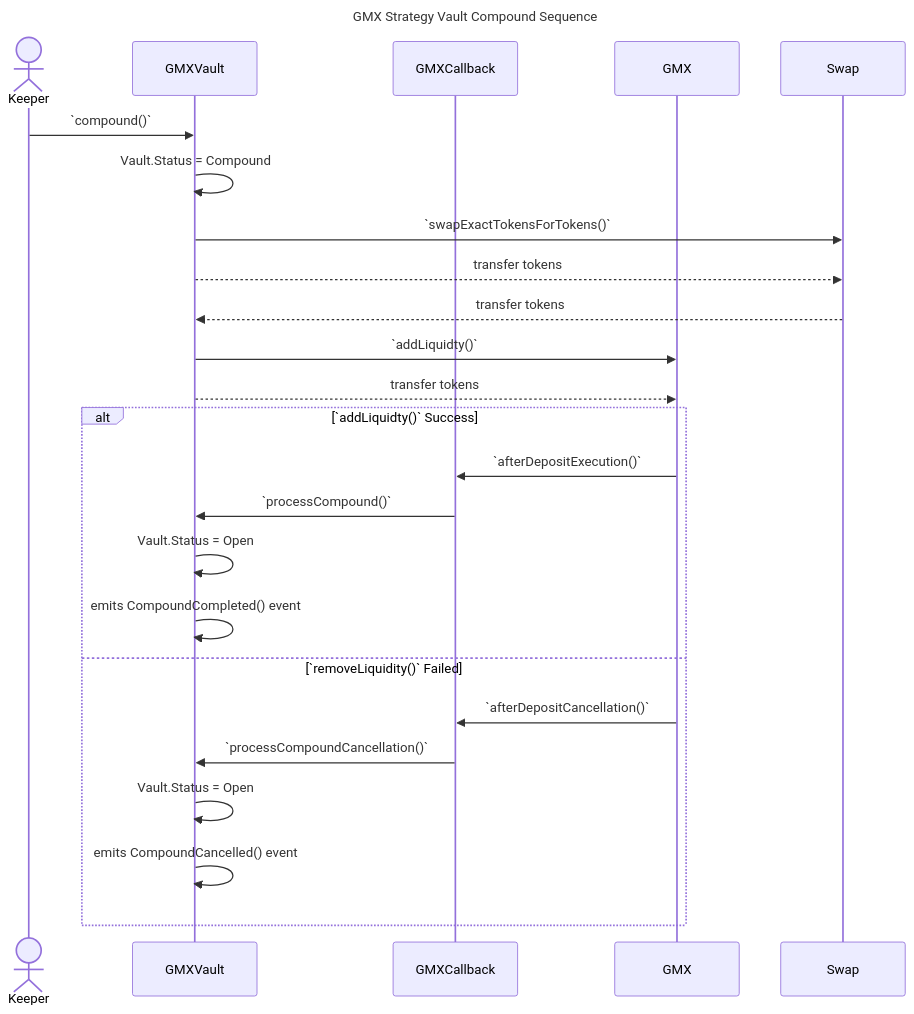
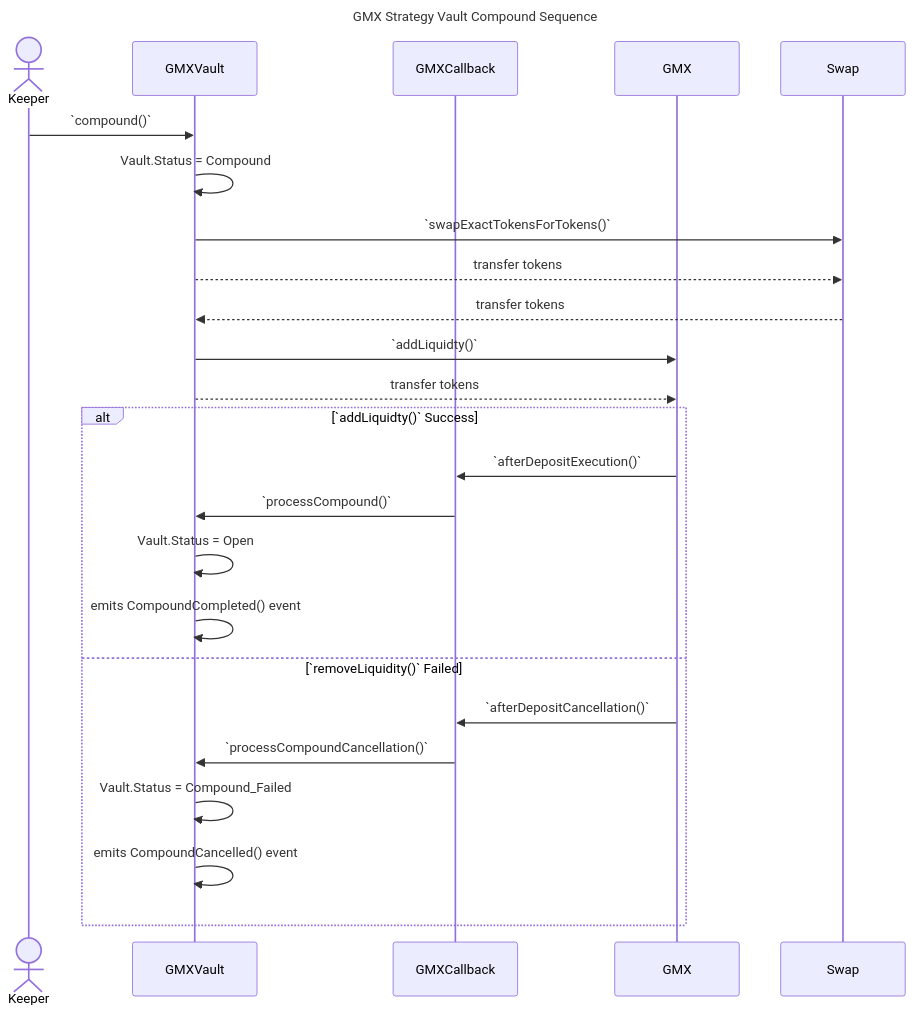
Before and after one commit to steadefi/steadefi-codehawks: the diagram in docs/sequences/strategy-gmx-compound-sequence-detailed.md, drawn with Mermaid.

````diff
--- a/docs/sequences/strategy-gmx-compound-sequence-detailed.md
+++ b/docs/sequences/strategy-gmx-compound-sequence-detailed.md
@@ -1,35 +1,35 @@
 ```mermaid
 ---
 title: GMX Strategy Vault Compound Sequence
 ---
 sequenceDiagram
   actor Keeper
   participant GMXVault
   participant GMXCallback
   participant GMX
   participant Swap
 
   Keeper ->> GMXVault: `compound()`
   GMXVault ->> GMXVault: Vault.Status = Compound
 
   GMXVault ->> Swap: `swapExactTokensForTokens()`
   GMXVault -->> Swap: transfer tokens
   Swap -->> GMXVault: transfer tokens
 
   GMXVault ->> GMX: `addLiquidty()`
   GMXVault -->> GMX: transfer tokens
 
   alt `addLiquidty()` Success
     GMX ->> GMXCallback: `afterDepositExecution()`
     GMXCallback ->> GMXVault: `processCompound()`
     GMXVault ->> GMXVault: Vault.Status = Open
     GMXVault ->> GMXVault: emits CompoundCompleted() event
 
   else `removeLiquidity()` Failed
     GMX ->> GMXCallback: `afterDepositCancellation()`
     GMXCallback ->> GMXVault: `processCompoundCancellation()`
-    GMXVault ->> GMXVault: Vault.Status = Open
+    GMXVault ->> GMXVault: Vault.Status = Compound_Failed
     GMXVault ->> GMXVault: emits CompoundCancelled() event
 
   end
 ```
````
